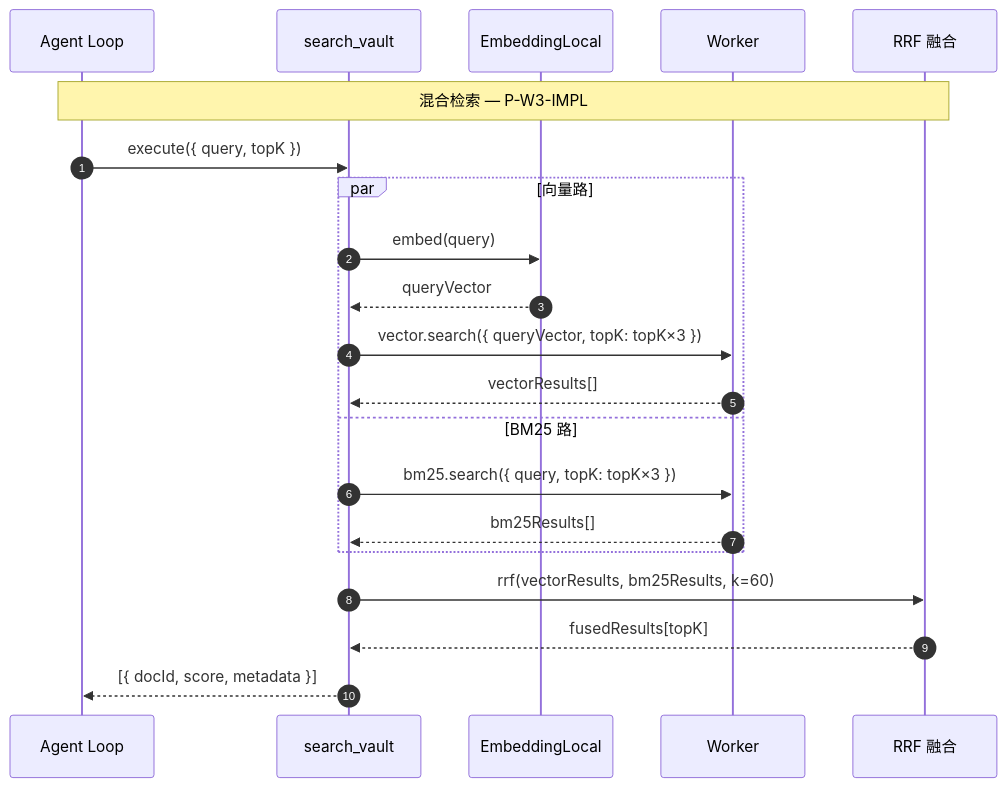
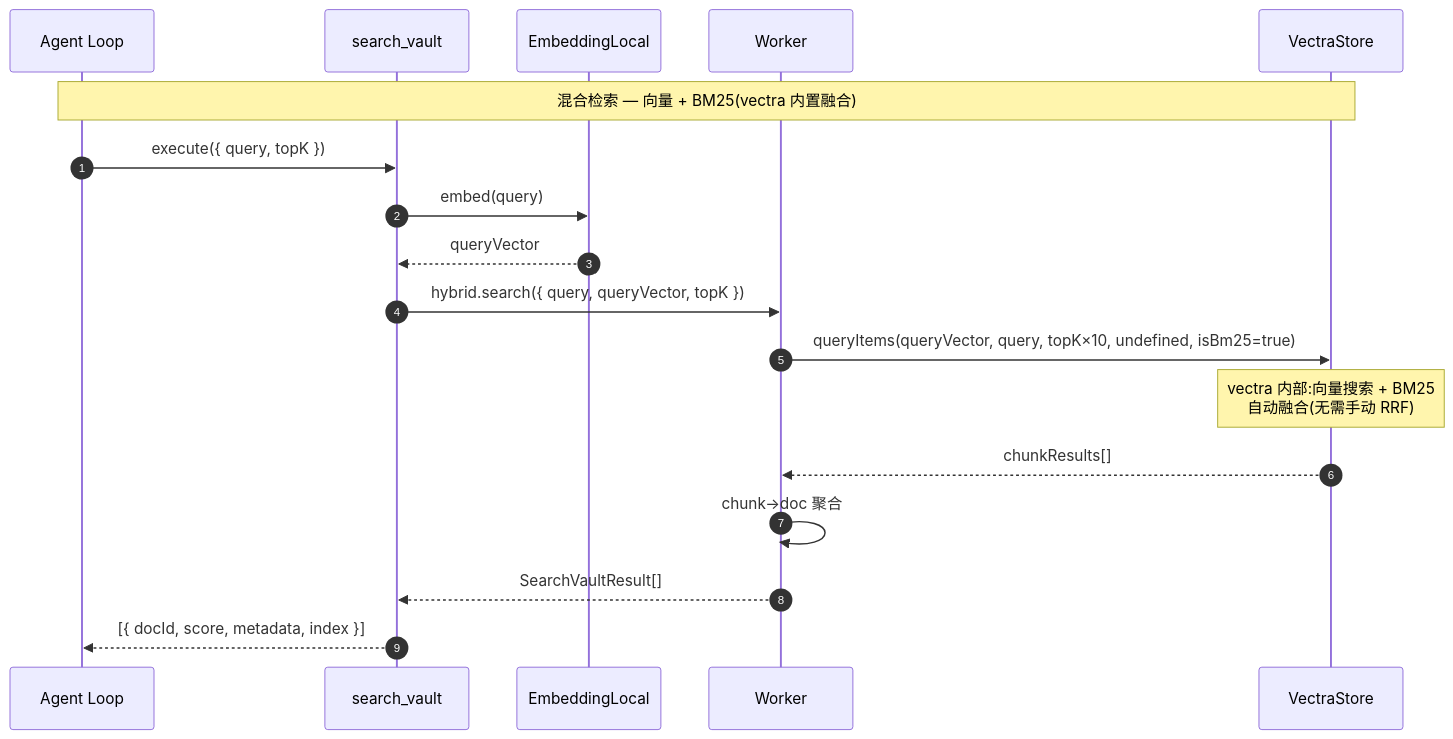
The second of 4 diagrams in docs/architecture/rag/retriever.md (golddream-y/obsidian-ratel), drawn with Mermaid before and after one commit. The commit also changed other lines of this file and 14 other files, not shown here.

````diff
--- a/docs/architecture/rag/retriever.md
+++ b/docs/architecture/rag/retriever.md
@@ -91,27 +91,22 @@
 ```mermaid
 sequenceDiagram
     autonumber
     participant AL as Agent Loop
     participant SV as search_vault
     participant EL as EmbeddingLocal
     participant WP as Worker
-    participant RRF as RRF 融合
+    participant VS as VectraStore
 
-    Note over AL,RRF: 混合检索 — P-W3-IMPL
+    Note over AL,VS: 混合检索 — 向量 + BM25(vectra 内置融合)
 
     AL->>SV: execute({ query, topK })
-
-    par 向量路
-        SV->>EL: embed(query)
-        EL-->>SV: queryVector
-        SV->>WP: vector.search({ queryVector, topK: topK×3 })
-        WP-->>SV: vectorResults[]
-    and BM25 路
-        SV->>WP: bm25.search({ query, topK: topK×3 })
-        WP-->>SV: bm25Results[]
-    end
-
-    SV->>RRF: rrf(vectorResults, bm25Results, k=60)
-    RRF-->>SV: fusedResults[topK]
-    SV-->>AL: [{ docId, score, metadata }]
+    SV->>EL: embed(query)
+    EL-->>SV: queryVector
+    SV->>WP: hybrid.search({ query, queryVector, topK })
+    WP->>VS: queryItems(queryVector, query, topK×10, undefined, isBm25=true)
+    Note over VS: vectra 内部:向量搜索 + BM25<br/>自动融合(无需手动 RRF)
+    VS-->>WP: chunkResults[]
+    WP->>WP: chunk→doc 聚合
+    WP-->>SV: SearchVaultResult[]
+    SV-->>AL: [{ docId, score, metadata, index }]
 ```
````
